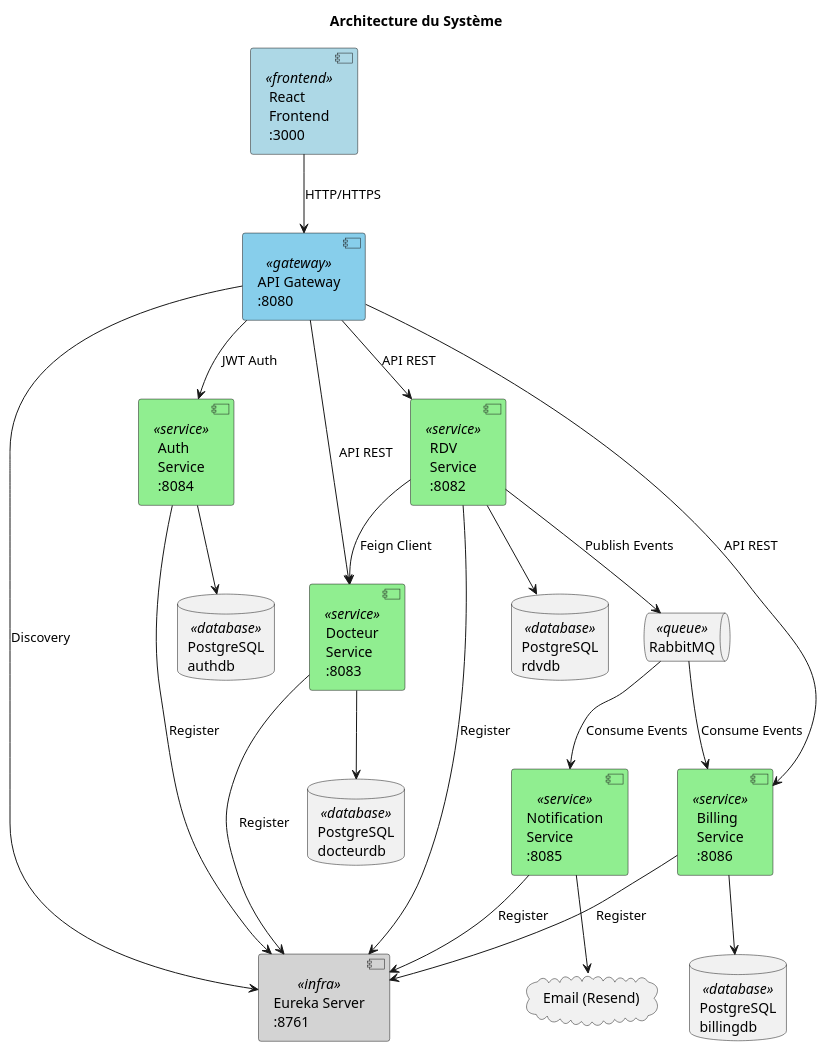
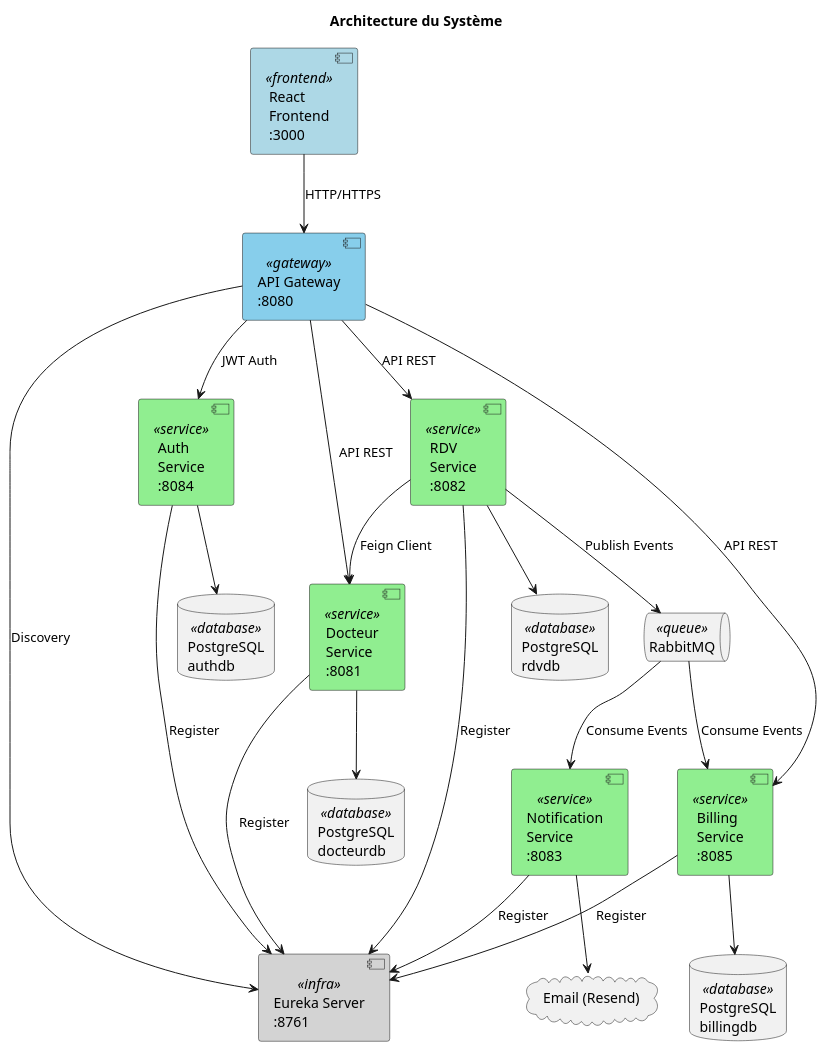
Before and after one commit to sohaibmokhliss/microservices-medical-appointment: the diagram in diagrams/1-architecture-systeme.puml, drawn with PlantUML. The commit also changed 2 other files, not shown here.

Commit message:
Fix port numbers in diagrams to match actual service configuration

```diff
--- a/diagrams/1-architecture-systeme.puml
+++ b/diagrams/1-architecture-systeme.puml
@@ -1,59 +1,59 @@
 @startuml Architecture Système
 
 skinparam backgroundColor white
 skinparam component {
     BackgroundColor<<frontend>> LightBlue
     BackgroundColor<<service>> LightGreen
     BackgroundColor<<gateway>> SkyBlue
     BackgroundColor<<infra>> LightGray
     BackgroundColor<<database>> LightYellow
     BackgroundColor<<queue>> Orange
 }
 
 title Architecture du Système
 
 component "React\nFrontend\n:3000" <<frontend>> as frontend
 
 component "API Gateway\n:8080" <<gateway>> as gateway
 component "Eureka Server\n:8761" <<infra>> as eureka
 
 component "Auth\nService\n:8084" <<service>> as auth
-component "Docteur\nService\n:8083" <<service>> as docteur
+component "Docteur\nService\n:8081" <<service>> as docteur
 component "RDV\nService\n:8082" <<service>> as rdv
-component "Notification\nService\n:8085" <<service>> as notif
-component "Billing\nService\n:8086" <<service>> as billing
+component "Notification\nService\n:8083" <<service>> as notif
+component "Billing\nService\n:8085" <<service>> as billing
 
 database "PostgreSQL\nauthdb" <<database>> as db0
 database "PostgreSQL\ndocteurdb" <<database>> as db1
 database "PostgreSQL\nrdvdb" <<database>> as db2
 database "PostgreSQL\nbillingdb" <<database>> as db3
 
 queue "RabbitMQ" <<queue>> as rabbit
 
 cloud "Email (Resend)" as external
 
 frontend --> gateway : HTTP/HTTPS
 gateway --> auth : JWT Auth
 gateway --> docteur : API REST
 gateway --> rdv : API REST
 gateway --> billing : API REST
 
 rdv --> docteur : Feign Client
 rdv --> rabbit : Publish Events
 rabbit --> notif : Consume Events
 rabbit --> billing : Consume Events
 
 auth --> db0
 docteur --> db1
 rdv --> db2
 billing --> db3
 notif --> external
 
 auth --> eureka : Register
 docteur --> eureka : Register
 rdv --> eureka : Register
 notif --> eureka : Register
 billing --> eureka : Register
 gateway --> eureka : Discovery
 
 @enduml
```
